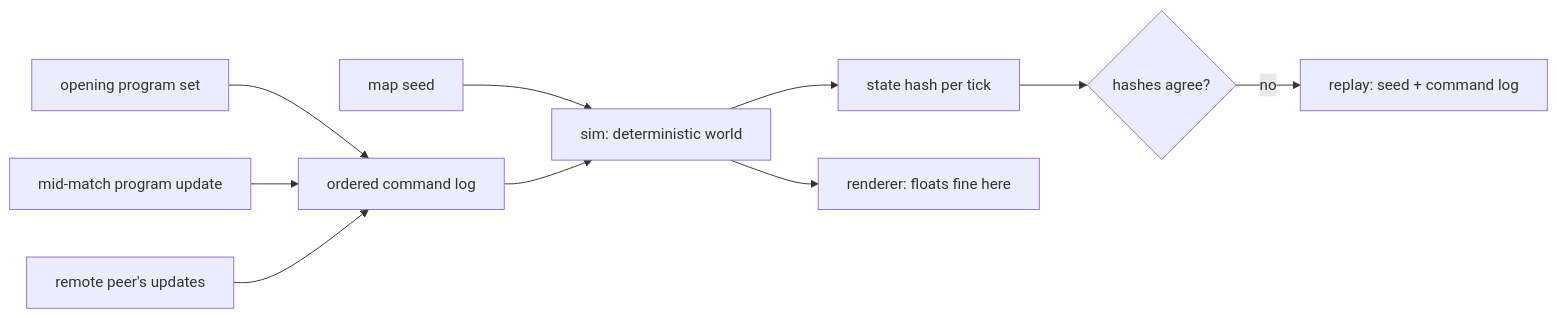
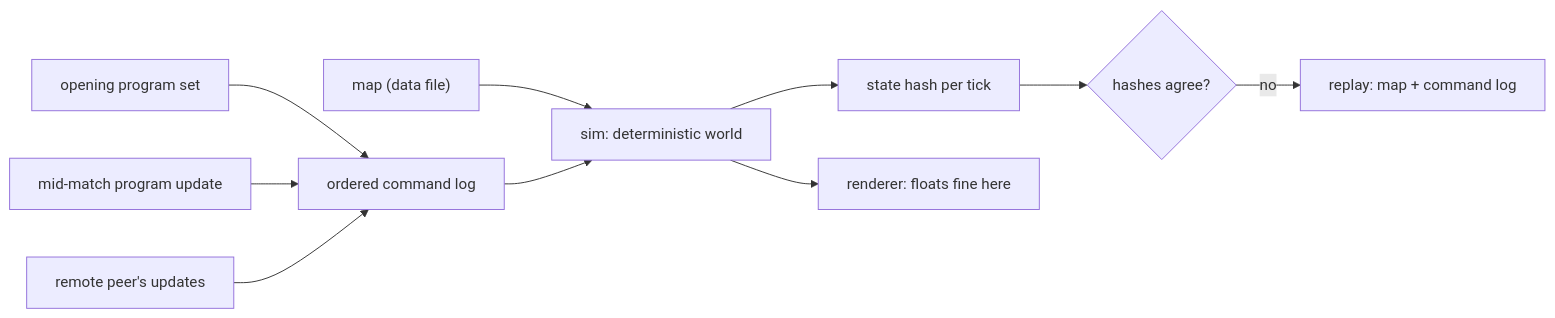
One commit to mmmtastymmm/programming-game-planned-2 changed the diagram in docs/00-overview.md. Above: the diagram before and after it, drawn with Mermaid. The commit also changed other lines of this file and 7 other files, not shown here.

````diff
--- a/docs/00-overview.md
+++ b/docs/00-overview.md
@@ -25,12 +25,12 @@
 ```mermaid
 flowchart LR
-  seed["map seed"] --> sim["sim: deterministic world"]
+  seed["map (data file)"] --> sim["sim: deterministic world"]
   progs["opening program set"] --> log["ordered command log"]
   edit["mid-match program update"] --> log
   peer["remote peer's updates"] --> log
   log --> sim
   sim --> hash["state hash per tick"]
   sim --> render["renderer: floats fine here"]
   hash --> desync{"hashes agree?"}
-  desync -->|no| report["replay: seed + command log"]
+  desync -->|no| report["replay: map + command log"]
 ```
````
